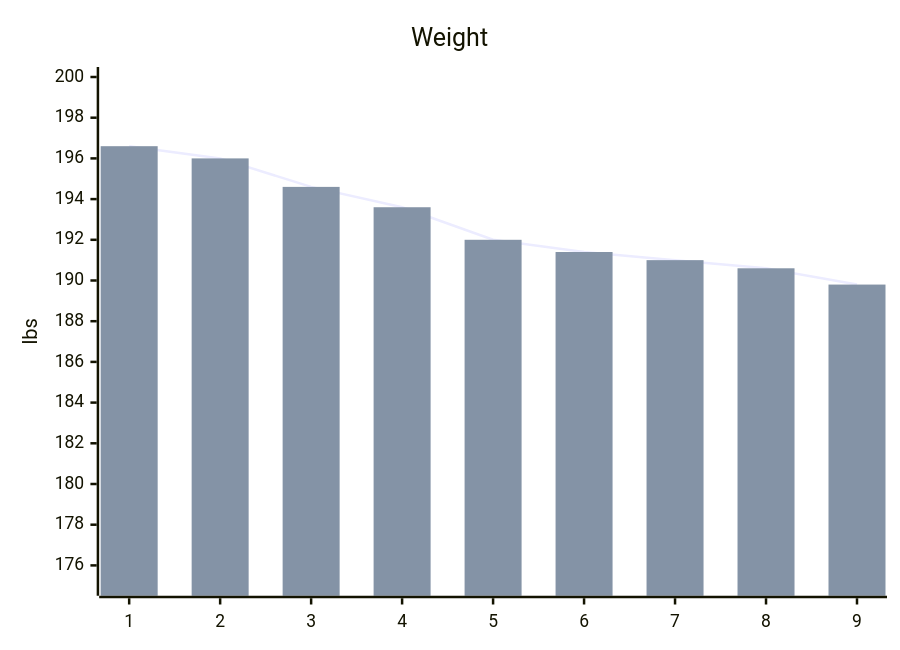
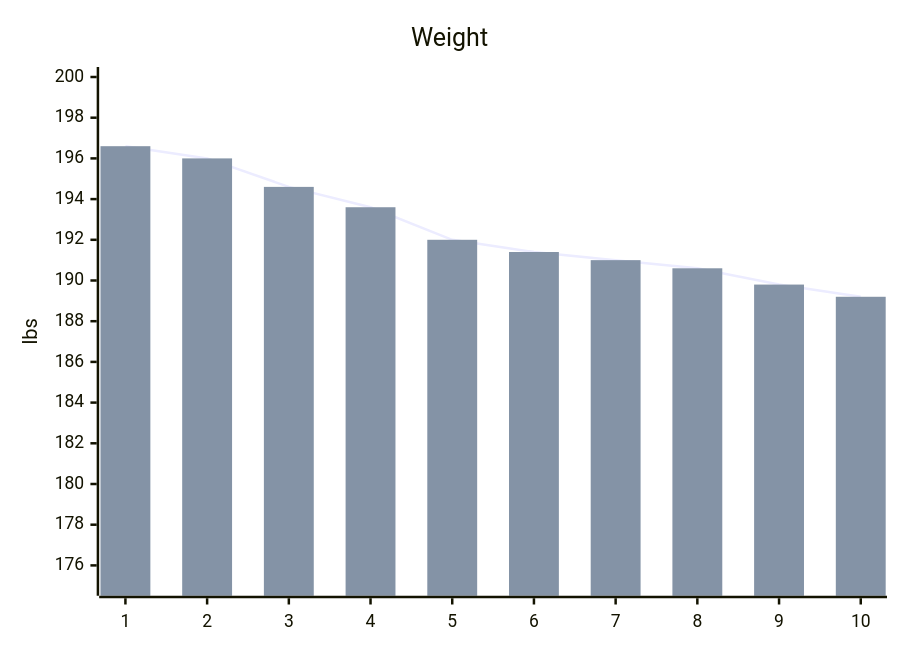
The diagram in all_collections/_personal/goals.md (stevenelson35/stevenelson35.github.io), drawn with Mermaid before and after one commit. The commit also changed other lines of this file, not shown here.

```diff
--- a/all_collections/_personal/goals.md
+++ b/all_collections/_personal/goals.md
@@ -11,8 +11,8 @@
 <pre class="mermaid" >
   xychart-beta
     title "Weight" 
-    x-axis [1, 2, 3, 4, 5, 6, 7, 8, 9] 
+    x-axis [1, 2, 3, 4, 5, 6, 7, 8, 9, 10] 
     y-axis "lbs" 175 --> 200
-    line [196.6, 196.0, 194.6, 193.6, 192.0, 191.4, 191.0, 190.6, 189.8]
-    bar [196.6, 196.0, 194.6, 193.6, 192.0, 191.4, 191.0, 190.6, 189.8]
+    line [196.6, 196.0, 194.6, 193.6, 192.0, 191.4, 191.0, 190.6, 189.8, 189.2]
+    bar [196.6, 196.0, 194.6, 193.6, 192.0, 191.4, 191.0, 190.6, 189.8, 189.2]
 </pre>
```
